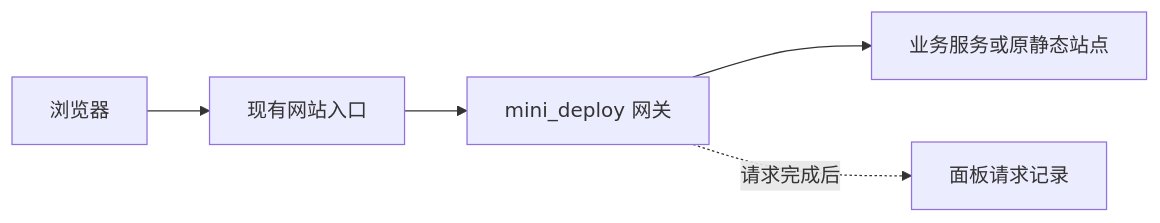
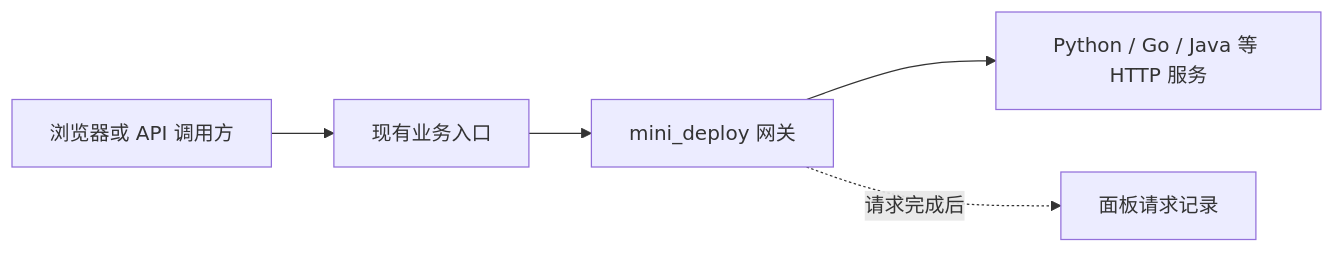
The diagram in docs/REQUEST_GATEWAY.zh-CN.md (jokerXueC/mini_deploy), drawn with Mermaid before and after one commit. The commit also changed other lines of this file and 10 other files, not shown here.

````diff
--- a/docs/REQUEST_GATEWAY.zh-CN.md
+++ b/docs/REQUEST_GATEWAY.zh-CN.md
@@ -7,7 +7,7 @@
 ```mermaid
 flowchart LR
-    A[浏览器] --> B[现有网站入口]
+    A[浏览器或 API 调用方] --> B[现有业务入口]
     B --> C[mini_deploy 网关]
-    C --> D[业务服务或原静态站点]
+    C --> D[Python / Go / Java 等 HTTP 服务]
     C -. 请求完成后 .-> E[面板请求记录]
 ```
````
